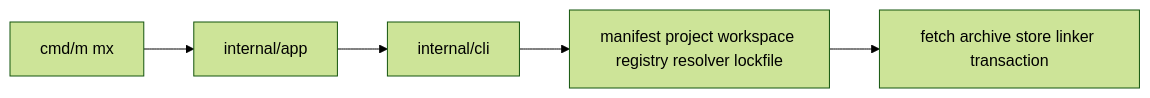
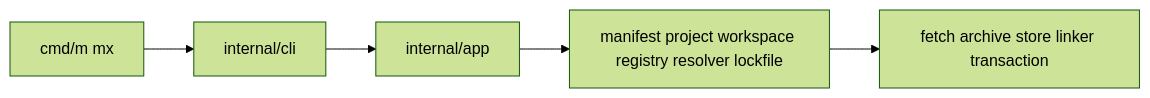
Before and after one commit to mewisme/m: the diagram in docs/architecture/README.md, drawn with Mermaid (forest theme). The commit also changed other lines of this file and 44 other files, not shown here.

````diff
--- a/docs/architecture/README.md
+++ b/docs/architecture/README.md
@@ -27,7 +27,7 @@
 ```mermaid
 flowchart LR
-  cmd[cmd/m mx] --> app[internal/app]
-  app --> cli[internal/cli]
-  cli --> pm[manifest project workspace registry resolver lockfile]
+  cmd[cmd/m mx] --> cli[internal/cli]
+  cli --> app[internal/app]
+  app --> pm[manifest project workspace registry resolver lockfile]
   pm --> mutate[fetch archive store linker transaction]
 ```
````
